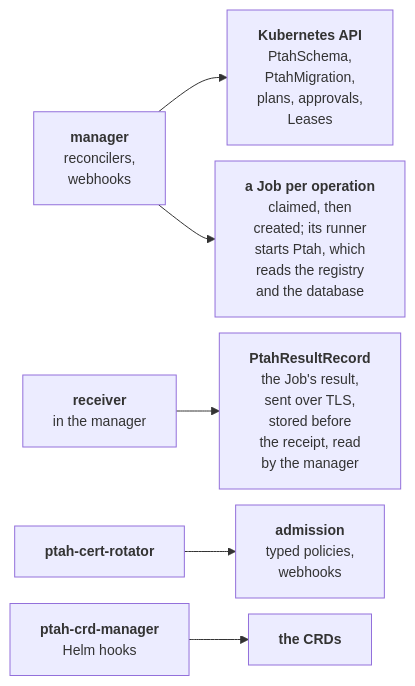
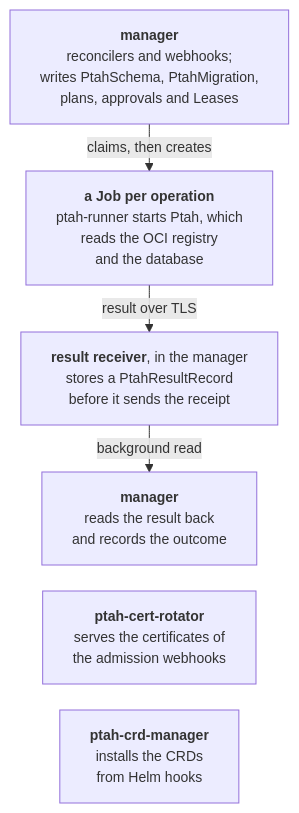
One commit to stokaro/ptah-operator changed the diagram in docs/site/src/content/docs/reference/architecture.md. Above: the diagram before and after it, drawn with Mermaid. The commit also changed 1 other file, not shown here.

Commit message:
Draw the architecture diagram as one column (#1204)
The two-column redraw in #1203 measured 11.4px on macOS and 10.9px in the
Documentation job, whose font draws it 20px wider: every box there is at least
180px, so two columns and the gap between them came to 426px before a single
word was added. One column, in the order an operation passes through the
components, is 301px wide and paints its labels at 14px.

check-diagram-size.mjs now prints its smallest reading beside OK, so the log
says how close the site is to the floor rather than only that it is above it.

````diff
--- a/docs/site/src/content/docs/reference/architecture.md
+++ b/docs/site/src/content/docs/reference/architecture.md
@@ -70,20 +70,25 @@
 ```mermaid
 ---
 config:
   look: classic
   themeVariables:
     fontSize: 14px
   flowchart:
     wrappingWidth: 340
     nodeSpacing: 16
     rankSpacing: 26
 ---
-flowchart LR
-  accTitle: The components of Ptah Operator and what each one acts on
-  accDescr: Each row is a component on the left and, on the right, what it acts on. The manager writes the resources and Leases and creates one Job per operation. In the Job, ptah-runner starts the Ptah executor, which reads the OCI registry and the database and sends the result over TLS to the receiver in the manager. The receiver persists it as a PtahResultRecord before it acknowledges, and the manager reads it back. The certificate rotator serves the admission guards, and the CRD manager installs the kinds.
-  manager["<b>manager</b><br/>reconcilers,<br/>webhooks"] --> kinds["<b>Kubernetes API</b><br/>PtahSchema,<br/>PtahMigration,<br/>plans, approvals,<br/>Leases"]
-  manager --> job["<b>a Job per operation</b><br/>claimed, then<br/>created; its runner<br/>starts Ptah, which<br/>reads the registry<br/>and the database"]
-  receiver["<b>receiver</b><br/>in the manager"] --> results["<b>PtahResultRecord</b><br/>the Job's result,<br/>sent over TLS,<br/>stored before<br/>the receipt, read<br/>by the manager"]
-  rotator["<b>ptah-cert-rotator</b>"] --> guards["<b>admission</b><br/>typed policies,<br/>webhooks"]
-  crd["<b>ptah-crd-manager</b><br/>Helm hooks"] --> crds["<b>the CRDs</b>"]
+flowchart TD
+  accTitle: The components of Ptah Operator, in the order an operation passes through them
+  accDescr: The manager writes the resources and Leases, claims an operation and creates its Job. In the Job, ptah-runner starts the Ptah executor, which reads the OCI registry and the database. The result goes over TLS to the receiver in the manager, which stores it as a PtahResultRecord before it sends the receipt, and the manager reads it back and records the outcome. Beside them, the certificate rotator serves the admission webhooks, and the CRD manager installs the CRDs from Helm hooks.
+  manager["<b>manager</b><br/>reconcilers and webhooks;<br/>writes PtahSchema, PtahMigration,<br/>plans, approvals and Leases"]
+  job["<b>a Job per operation</b><br/>ptah-runner starts Ptah, which<br/>reads the OCI registry<br/>and the database"]
+  receiver["<b>result receiver</b>, in the manager<br/>stores a PtahResultRecord<br/>before it sends the receipt"]
+  back["<b>manager</b><br/>reads the result back<br/>and records the outcome"]
+  rotator["<b>ptah-cert-rotator</b><br/>serves the certificates of<br/>the admission webhooks"]
+  crd["<b>ptah-crd-manager</b><br/>installs the CRDs<br/>from Helm hooks"]
+  manager -->|"claims, then creates"| job
+  job -->|"result over TLS"| receiver
+  receiver -->|"background read"| back
+  back ~~~ rotator ~~~ crd
 ```
````
